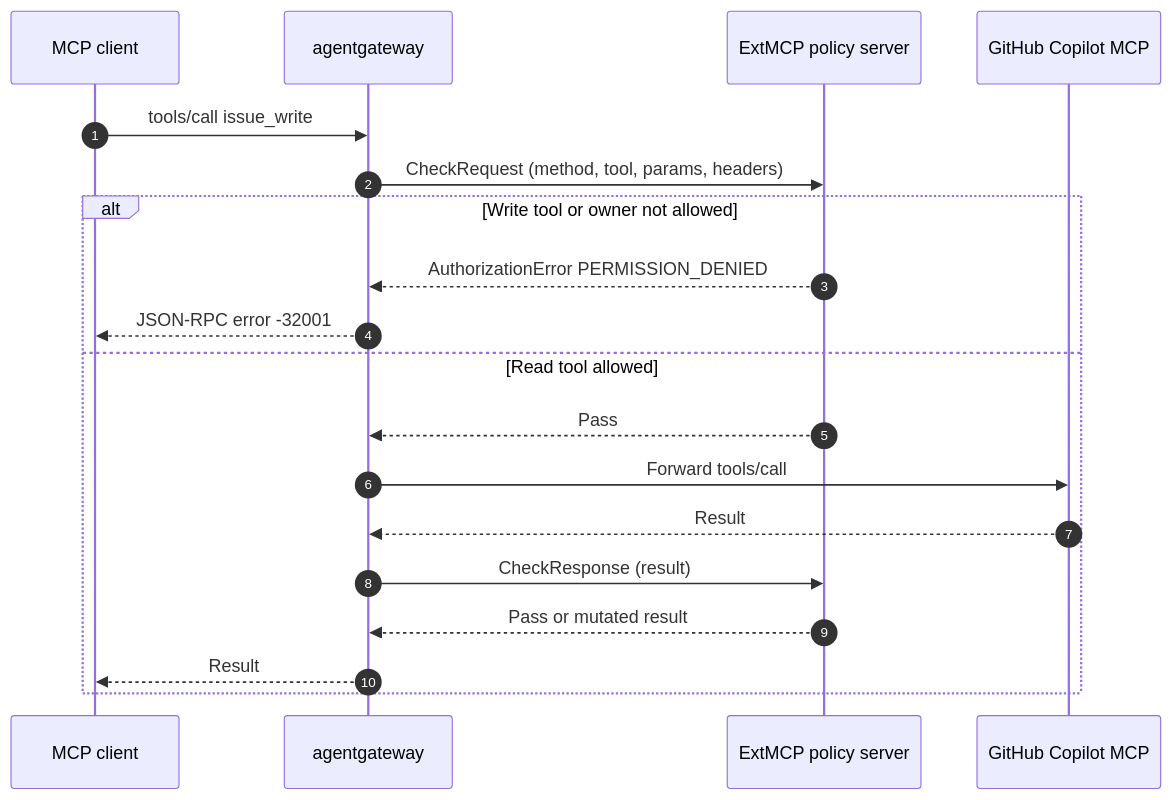
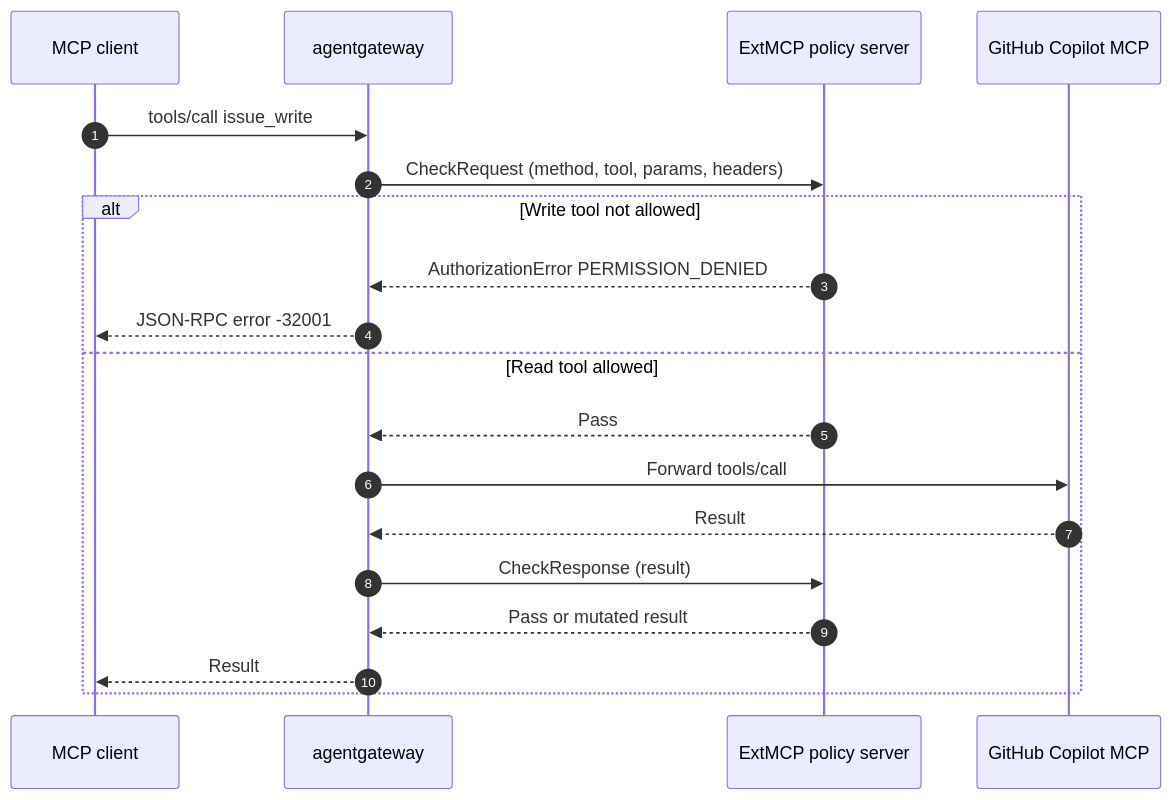
One commit to AdminTurnedDevOps/agentic-demo-repo changed the diagram in agentgateway-oss-k8s/mcp/guardrails.md. Above: the diagram before and after it, drawn with Mermaid. The commit also changed other lines of this file and 3 other files, not shown here.

````diff
--- a/agentgateway-oss-k8s/mcp/guardrails.md
+++ b/agentgateway-oss-k8s/mcp/guardrails.md
@@ -36,21 +36,21 @@
 ```mermaid
 sequenceDiagram
     autonumber
     participant Client as MCP client
     participant AGW as agentgateway
     participant Ext as ExtMCP policy server
     participant GH as GitHub Copilot MCP
     Client->>AGW: tools/call issue_write
     AGW->>Ext: CheckRequest (method, tool, params, headers)
-    alt Write tool or owner not allowed
+    alt Write tool not allowed
         Ext-->>AGW: AuthorizationError PERMISSION_DENIED
         AGW-->>Client: JSON-RPC error -32001
     else Read tool allowed
         Ext-->>AGW: Pass
         AGW->>GH: Forward tools/call
         GH-->>AGW: Result
         AGW->>Ext: CheckResponse (result)
         Ext-->>AGW: Pass or mutated result
         AGW-->>Client: Result
     end
 ```
````
